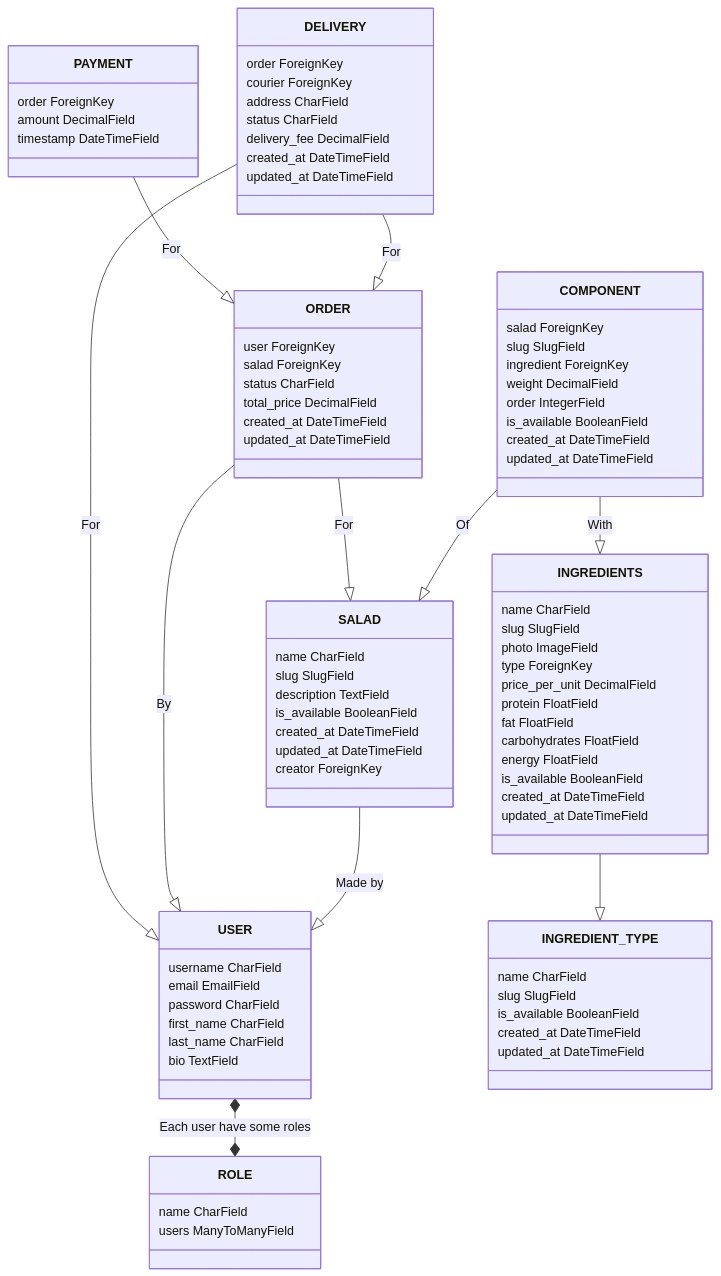
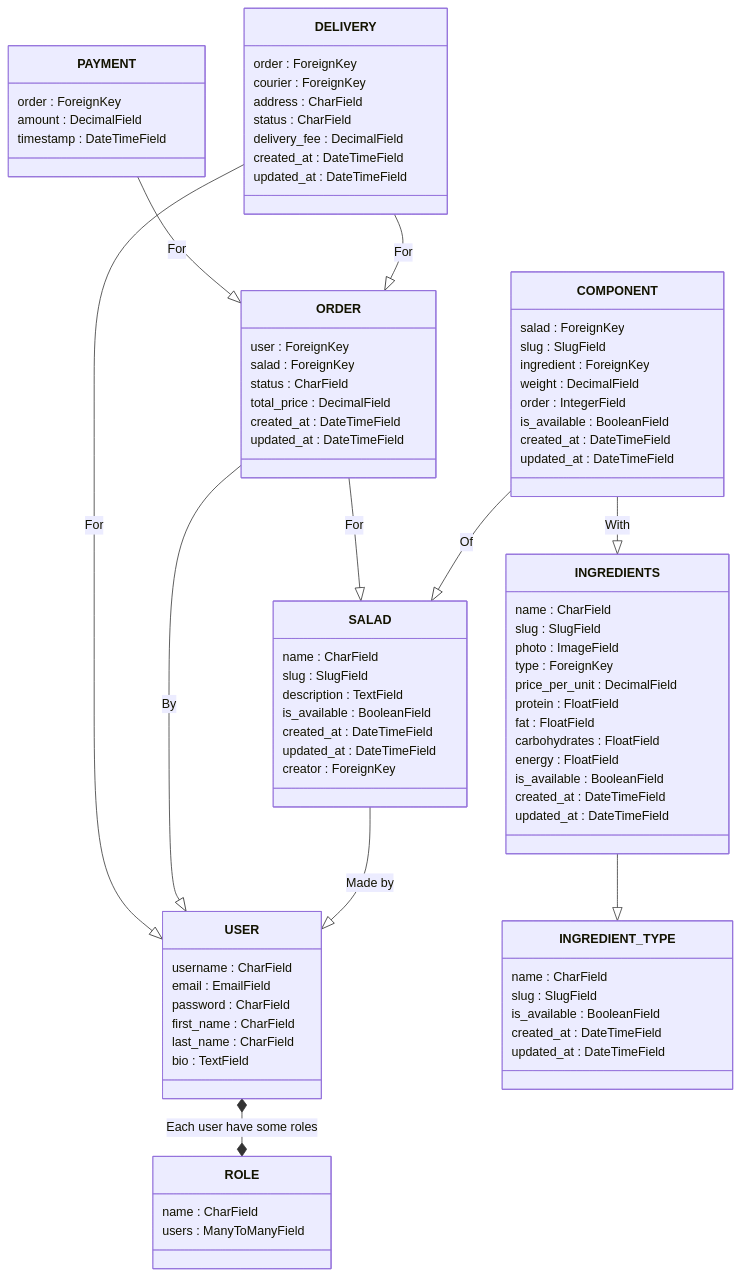
Before and after one commit to ya-yura/salatik: the first of 2 diagrams in README.md, drawn with Mermaid. The commit also changed other lines of this file, not shown here.

````diff
--- a/README.md
+++ b/README.md
@@ -89,78 +89,78 @@
 ```mermaid
 classDiagram
     class USER {
-        username CharField
-        email EmailField
-        password CharField
-        first_name CharField
-        last_name CharField
-        bio TextField
+        username : CharField
+        email : EmailField
+        password : CharField
+        first_name : CharField
+        last_name : CharField
+        bio : TextField
     }
     class ROLE {
-        name CharField
-        users ManyToManyField
+        name : CharField
+        users : ManyToManyField
     }
     class INGREDIENT_TYPE {
-        name CharField
-        slug SlugField
-        is_available BooleanField
-        created_at DateTimeField
-        updated_at DateTimeField
+        name : CharField
+        slug : SlugField
+        is_available : BooleanField
+        created_at : DateTimeField
+        updated_at : DateTimeField
     }
     class INGREDIENTS {
-        name CharField
-        slug SlugField
-        photo ImageField
-        type ForeignKey
-        price_per_unit DecimalField
-        protein FloatField
-        fat FloatField
-        carbohydrates FloatField
-        energy FloatField
-        is_available BooleanField
-        created_at DateTimeField
-        updated_at DateTimeField
+        name : CharField
+        slug : SlugField
+        photo : ImageField
+        type : ForeignKey
+        price_per_unit : DecimalField
+        protein : FloatField
+        fat : FloatField
+        carbohydrates : FloatField
+        energy : FloatField
+        is_available : BooleanField
+        created_at : DateTimeField
+        updated_at : DateTimeField
     }
     class SALAD {
-        name CharField
-        slug SlugField
-        description TextField
-        is_available BooleanField
-        created_at DateTimeField
-        updated_at DateTimeField
-        creator ForeignKey
+        name : CharField
+        slug : SlugField
+        description : TextField
+        is_available : BooleanField
+        created_at : DateTimeField
+        updated_at : DateTimeField
+        creator : ForeignKey
     }
     class COMPONENT {
-        salad ForeignKey
-        slug SlugField
-        ingredient ForeignKey
-        weight DecimalField
-        order IntegerField
-        is_available BooleanField
-        created_at DateTimeField
-        updated_at DateTimeField
+        salad : ForeignKey
+        slug : SlugField
+        ingredient : ForeignKey
+        weight : DecimalField
+        order : IntegerField
+        is_available : BooleanField
+        created_at : DateTimeField
+        updated_at : DateTimeField
     }
     class ORDER {
-        user ForeignKey
-        salad ForeignKey
-        status CharField
-        total_price DecimalField
-        created_at DateTimeField
-        updated_at DateTimeField
+        user : ForeignKey
+        salad : ForeignKey
+        status : CharField
+        total_price : DecimalField
+        created_at : DateTimeField
+        updated_at : DateTimeField
     }
     class PAYMENT {
-        order ForeignKey
-        amount DecimalField
-        timestamp DateTimeField
+        order : ForeignKey
+        amount : DecimalField
+        timestamp : DateTimeField
     }
     class DELIVERY {
-        order ForeignKey
-        courier ForeignKey
-        address CharField
-        status CharField
-        delivery_fee DecimalField
-        created_at DateTimeField
-        updated_at DateTimeField
+        order : ForeignKey
+        courier : ForeignKey
+        address : CharField
+        status : CharField
+        delivery_fee : DecimalField
+        created_at : DateTimeField
+        updated_at : DateTimeField
     }
     PAYMENT --|> ORDER: For
     DELIVERY --|> ORDER: For
````
